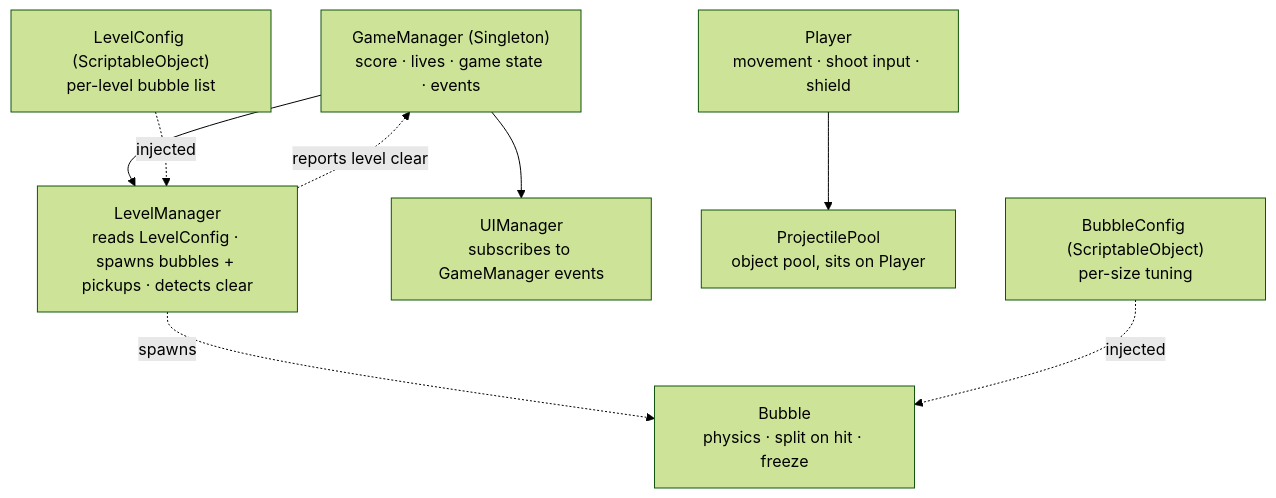
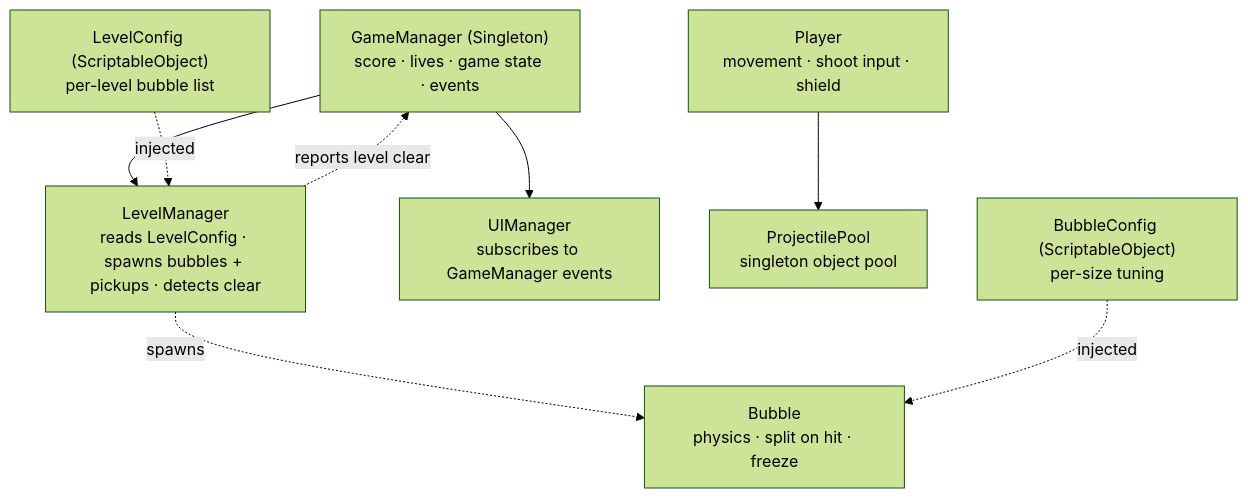
Before and after one commit to ronifranck22-cmd/BubbleTrouble: the second of 2 diagrams in Docs/GDD.md, drawn with Mermaid (forest theme). The commit also changed other lines of this file, not shown here.

Commit message:
Simplify GDD further: cut verbose sections, fix diagram inaccuracy

````diff
--- a/Docs/GDD.md
+++ b/Docs/GDD.md
@@ -157,18 +152,18 @@
 ```mermaid
 graph TD
     GM["GameManager (Singleton)<br/>score · lives · game state · events"]
     LM["LevelManager<br/>reads LevelConfig · spawns bubbles + pickups · detects clear"]
     UI["UIManager<br/>subscribes to GameManager events"]
-    PP["ProjectilePool<br/>object pool, sits on Player"]
+    PP["ProjectilePool<br/>singleton object pool"]
     PL["Player<br/>movement · shoot input · shield"]
     BB["Bubble<br/>physics · split on hit · freeze"]
     BC["BubbleConfig (ScriptableObject)<br/>per-size tuning"]
     LC["LevelConfig (ScriptableObject)<br/>per-level bubble list"]
     GM --> LM
     GM --> UI
     PL --> PP
     LM -.spawns.-> BB
     BC -.injected.-> BB
     LC -.injected.-> LM
     LM -.reports level clear.-> GM
 ```
````
